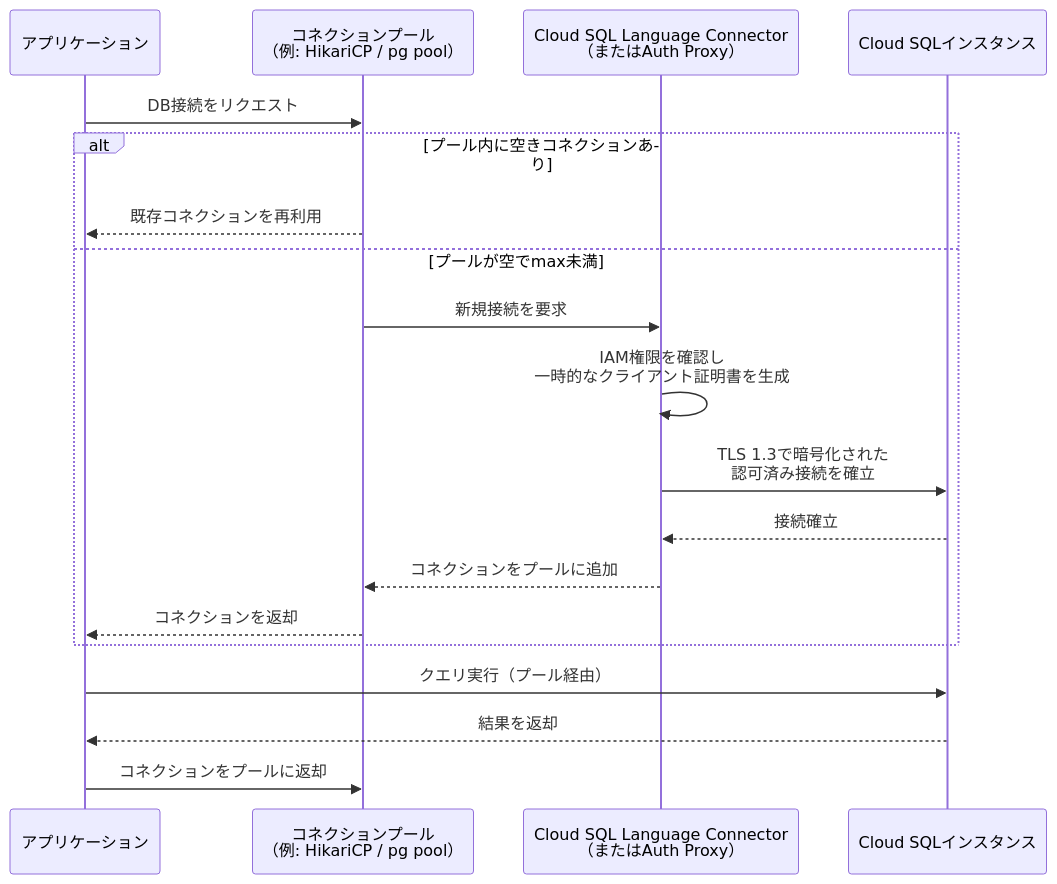
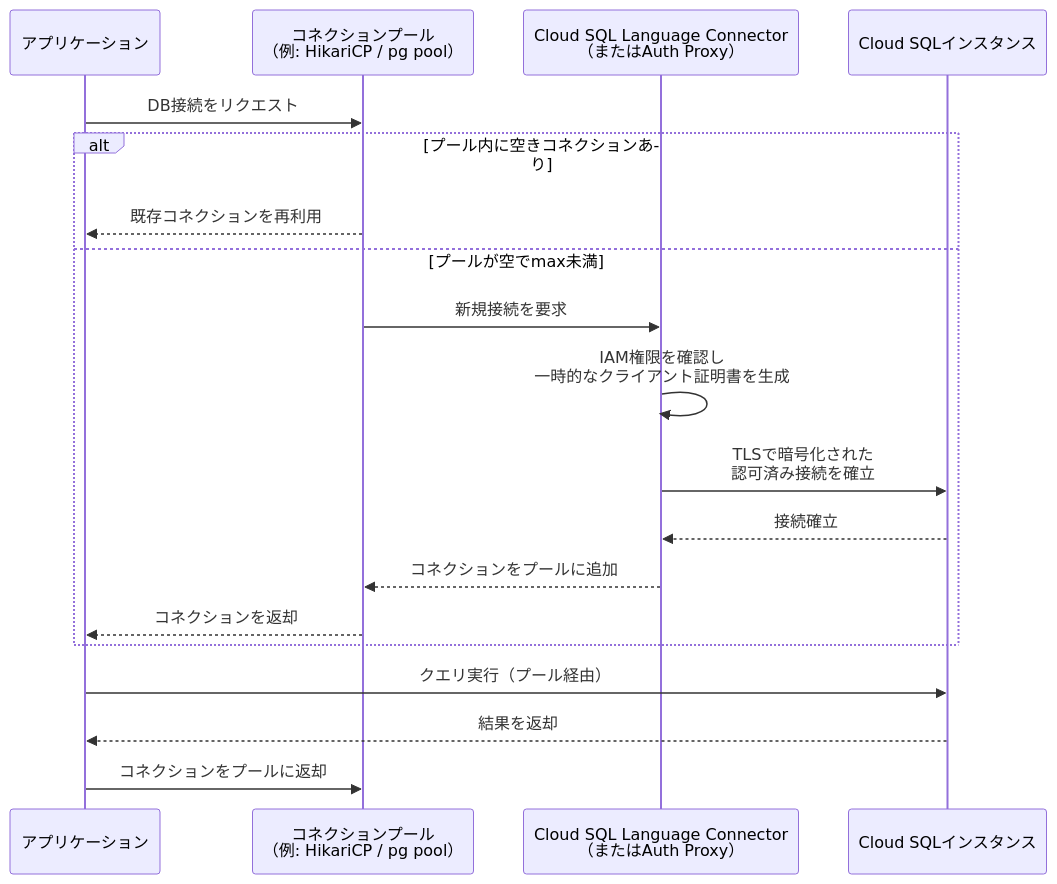
The third of 15 diagrams in Gcp-professional-cloud-developer-section4.md (myoshi2891/Cloud-Infrastructure-Studies), drawn with Mermaid before and after one commit. The commit also changed other lines of this file and 2 other files, not shown here.

````diff
--- a/Gcp-professional-cloud-developer-section4.md
+++ b/Gcp-professional-cloud-developer-section4.md
@@ -114,22 +114,22 @@
 ```mermaid
 sequenceDiagram
     participant App as アプリケーション
     participant Pool as コネクションプール<br/>（例: HikariCP / pg pool）
     participant Conn as Cloud SQL Language Connector<br/>（またはAuth Proxy）
     participant DB as Cloud SQLインスタンス
 
     App->>Pool: DB接続をリクエスト
     alt プール内に空きコネクションあり
         Pool-->>App: 既存コネクションを再利用
     else プールが空でmax未満
         Pool->>Conn: 新規接続を要求
         Conn->>Conn: IAM権限を確認し<br/>一時的なクライアント証明書を生成
-        Conn->>DB: TLS 1.3で暗号化された<br/>認可済み接続を確立
+        Conn->>DB: TLSで暗号化された<br/>認可済み接続を確立
         DB-->>Conn: 接続確立
         Conn-->>Pool: コネクションをプールに追加
         Pool-->>App: コネクションを返却
     end
     App->>DB: クエリ実行（プール経由）
     DB-->>App: 結果を返却
     App->>Pool: コネクションをプールに返却
 ```
````
